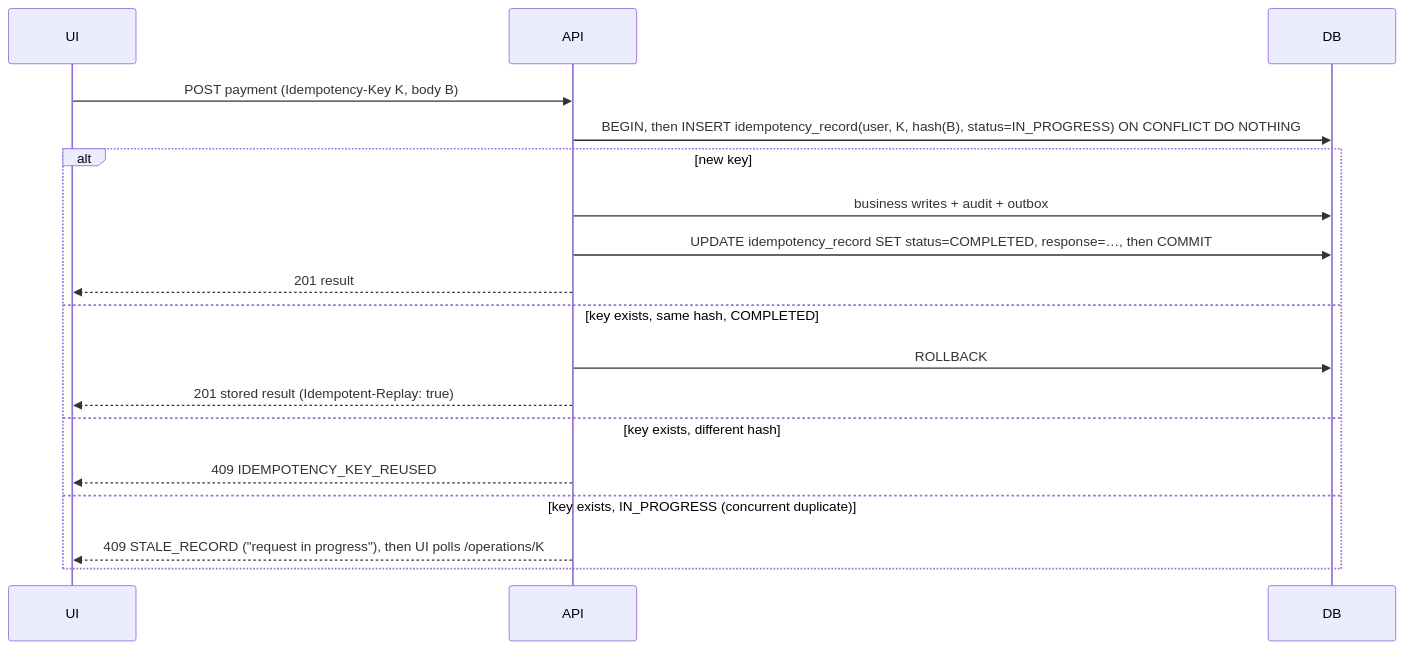
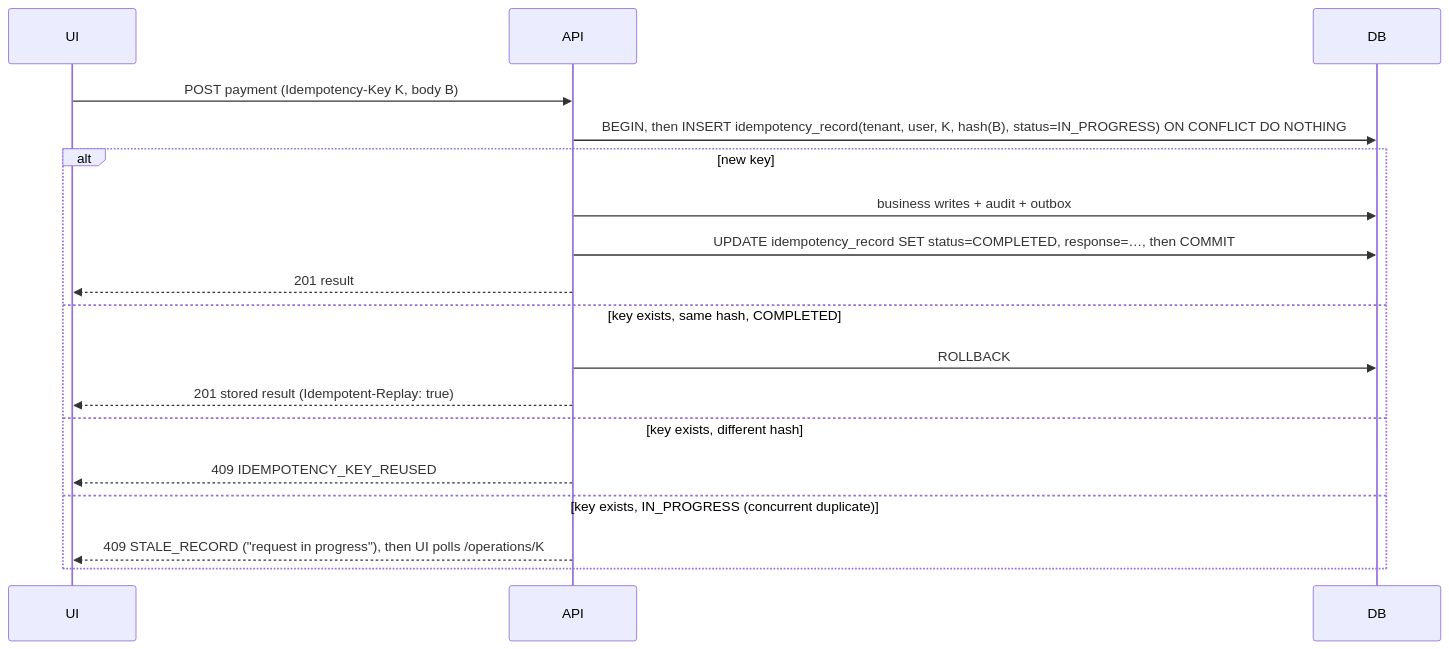
Before and after one commit to NOMAN1802/HMS-SaaS: the fifth of 6 diagrams in docs/planning/docs/D-system-design.md, drawn with Mermaid. The commit also changed other lines of this file and 77 other files, not shown here.

````diff
--- a/docs/planning/docs/D-system-design.md
+++ b/docs/planning/docs/D-system-design.md
@@ -473,20 +507,20 @@
 ```mermaid
 sequenceDiagram
   participant UI
   participant API
   participant DB
   UI->>API: POST payment (Idempotency-Key K, body B)
-  API->>DB: BEGIN, then INSERT idempotency_record(user, K, hash(B), status=IN_PROGRESS) ON CONFLICT DO NOTHING
+  API->>DB: BEGIN, then INSERT idempotency_record(tenant, user, K, hash(B), status=IN_PROGRESS) ON CONFLICT DO NOTHING
   alt new key
     API->>DB: business writes + audit + outbox
     API->>DB: UPDATE idempotency_record SET status=COMPLETED, response=…, then COMMIT
     API-->>UI: 201 result
   else key exists, same hash, COMPLETED
     API->>DB: ROLLBACK
     API-->>UI: 201 stored result (Idempotent-Replay: true)
   else key exists, different hash
     API-->>UI: 409 IDEMPOTENCY_KEY_REUSED
   else key exists, IN_PROGRESS (concurrent duplicate)
     API-->>UI: 409 STALE_RECORD ("request in progress"), then UI polls /operations/K
   end
 ```
````
